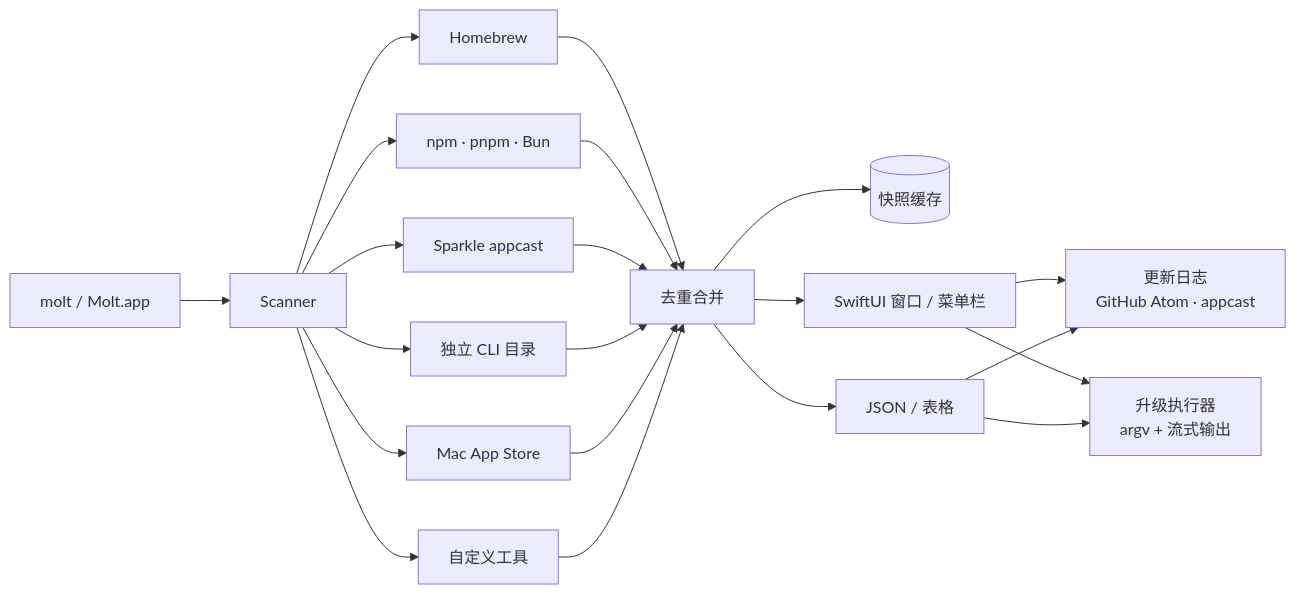
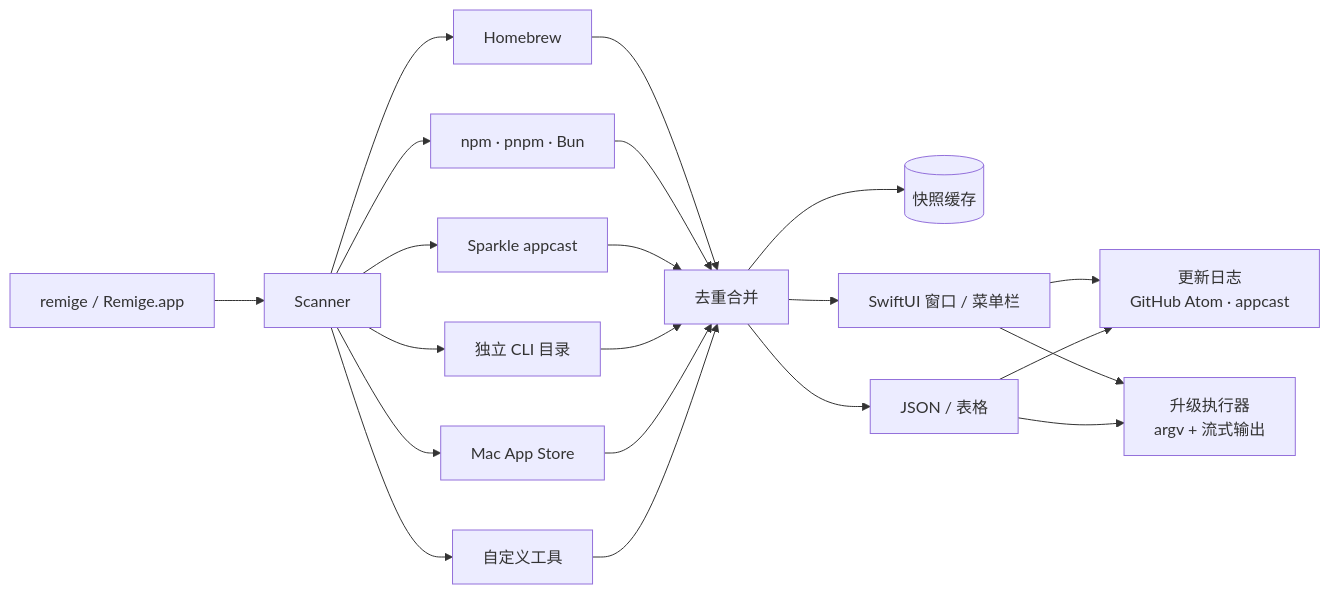
One commit to nichenqin/molt changed the diagram in README.zh-CN.md. Above: the diagram before and after it, drawn with Mermaid. The commit also changed other lines of this file and 125 other files, not shown here.

Commit message:
feat: rename Molt to Remige and ship 0.3.0

````diff
--- a/README.zh-CN.md
+++ b/README.zh-CN.md
@@ -147,16 +147,16 @@
 ```mermaid
 flowchart LR
-    A[molt / Molt.app] --> S[Scanner]
+    A[remige / Remige.app] --> S[Scanner]
     S --> B[Homebrew]
     S --> N[npm · pnpm · Bun]
     S --> P[Sparkle appcast]
     S --> C[独立 CLI 目录]
     S --> M[Mac App Store]
     S --> U[自定义工具]
     B & N & P & C & M & U --> D[去重合并]
     D --> K[(快照缓存)]
     D --> UI[SwiftUI 窗口 / 菜单栏]
     D --> CLI[JSON / 表格]
     UI & CLI --> R[更新日志<br/>GitHub Atom · appcast]
     UI & CLI --> X[升级执行器<br/>argv + 流式输出]
 ```
````
